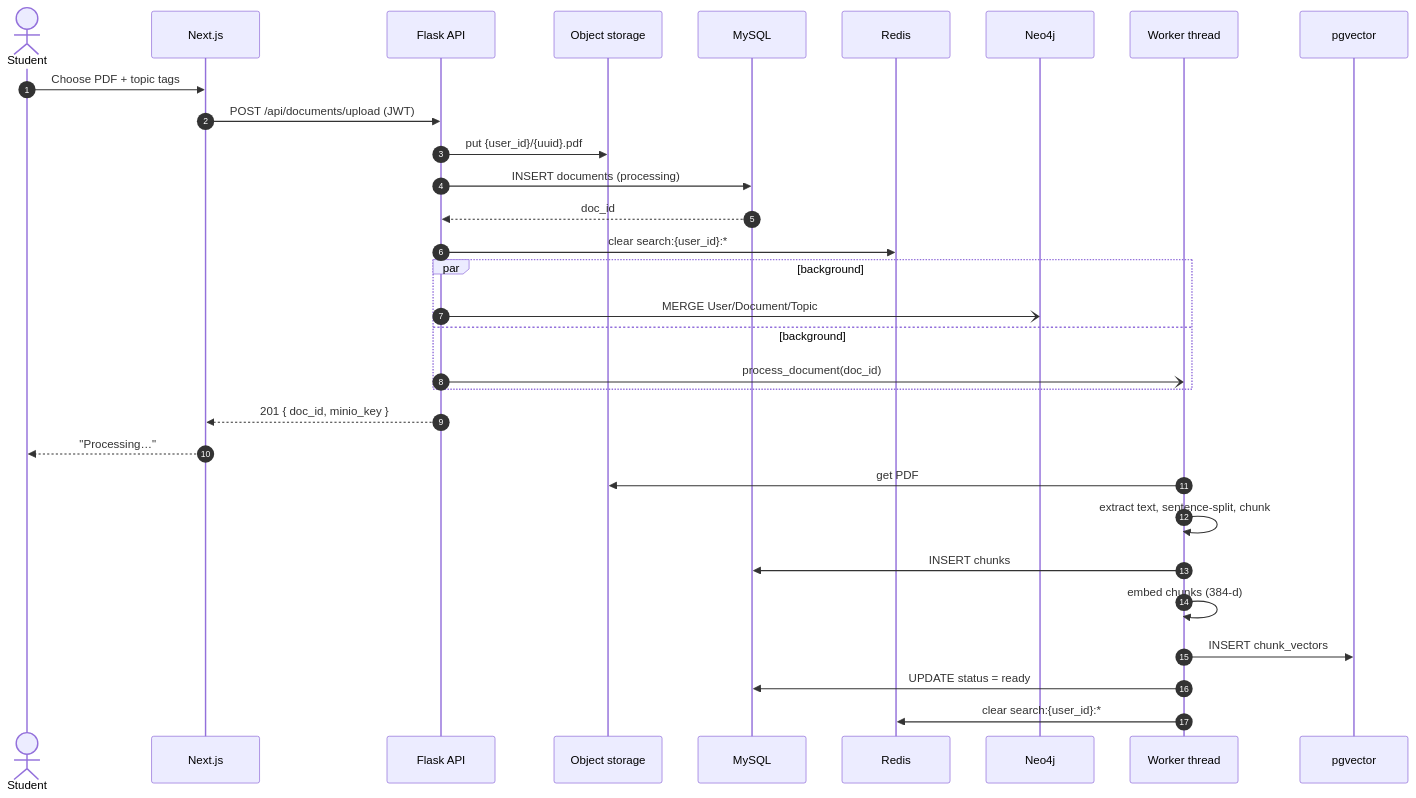
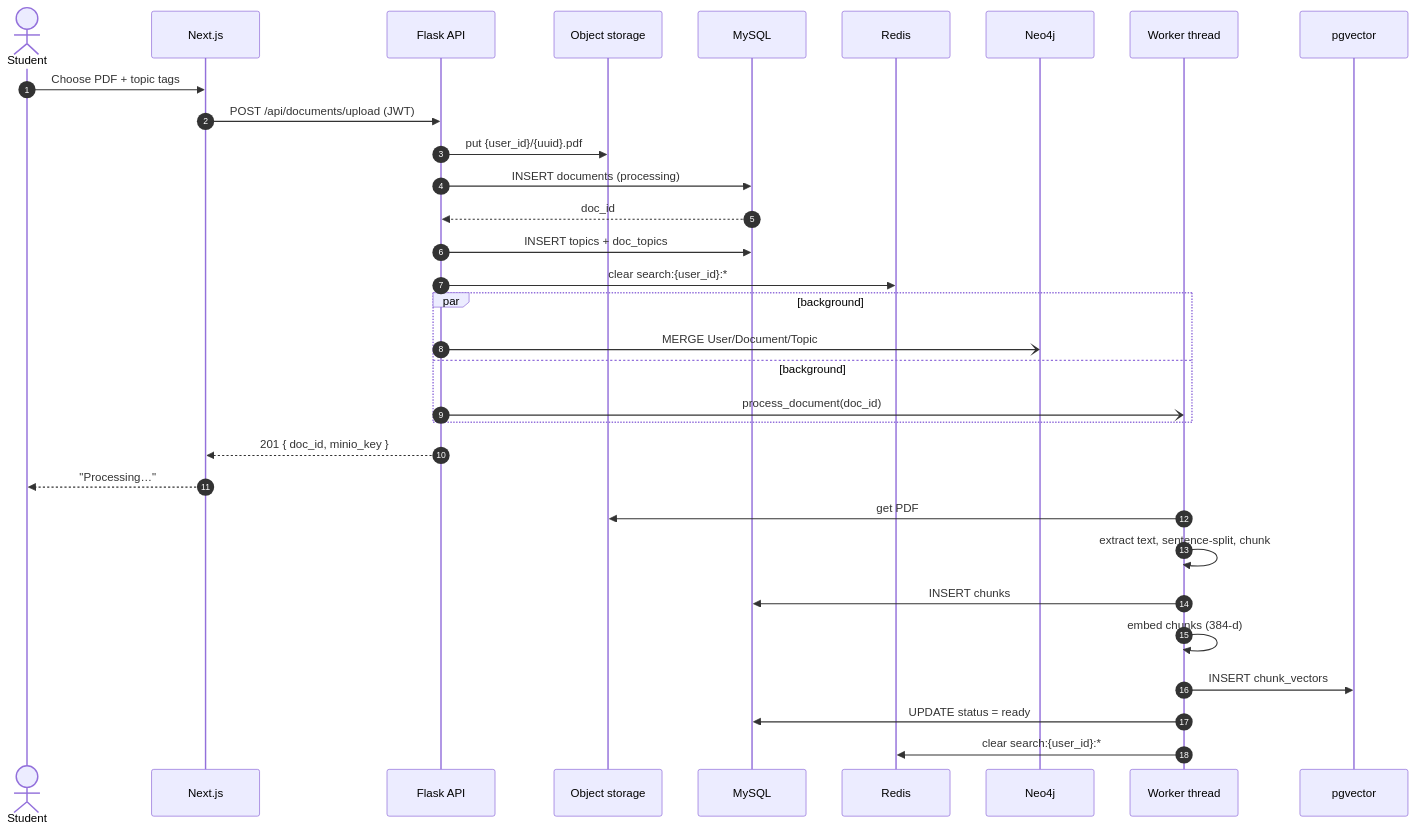
Before and after one commit to TahirSiddique092/prism: the seventh of 8 diagrams in docs/data/nosql-schema.md, drawn with Mermaid. The commit also changed other lines of this file and 12 other files, not shown here.

````diff
--- a/docs/data/nosql-schema.md
+++ b/docs/data/nosql-schema.md
@@ -346,34 +361,35 @@
 ```mermaid
 sequenceDiagram
     autonumber
     actor S as Student
     participant FE as Next.js
     participant API as Flask API
     participant OS as Object storage
     participant MY as MySQL
     participant RD as Redis
     participant N4 as Neo4j
     participant W as Worker thread
     participant PG as pgvector
 
     S->>FE: Choose PDF + topic tags
     FE->>API: POST /api/documents/upload (JWT)
     API->>OS: put {user_id}/{uuid}.pdf
     API->>MY: INSERT documents (processing)
     MY-->>API: doc_id
+    API->>MY: INSERT topics + doc_topics
     API->>RD: clear search:{user_id}:*
     par background
         API-)N4: MERGE User/Document/Topic
     and background
         API-)W: process_document(doc_id)
     end
     API-->>FE: 201 { doc_id, minio_key }
     FE-->>S: "Processing…"
     W->>OS: get PDF
     W->>W: extract text, sentence-split, chunk
     W->>MY: INSERT chunks
     W->>W: embed chunks (384-d)
     W->>PG: INSERT chunk_vectors
     W->>MY: UPDATE status = ready
     W->>RD: clear search:{user_id}:*
 ```
````
